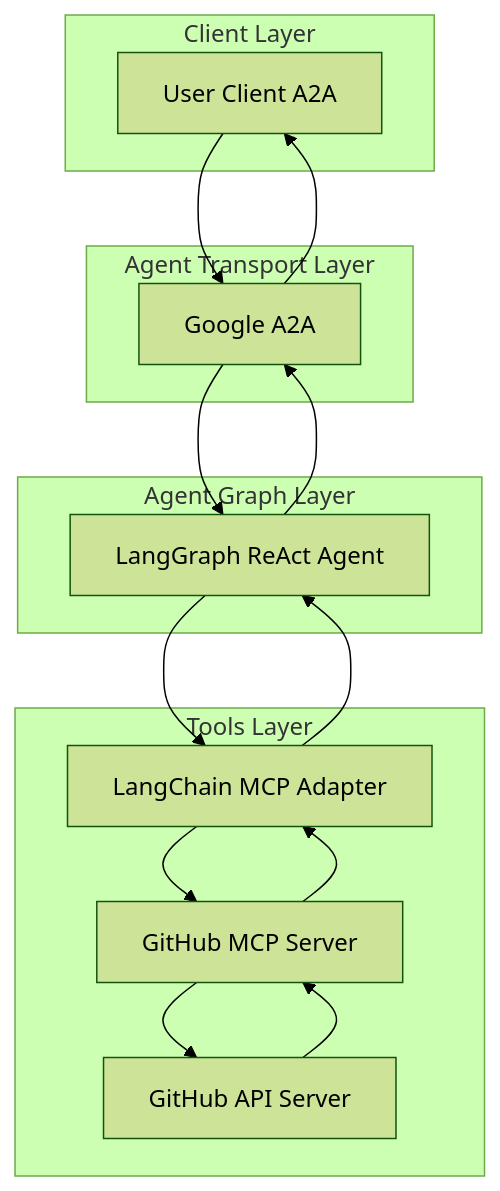
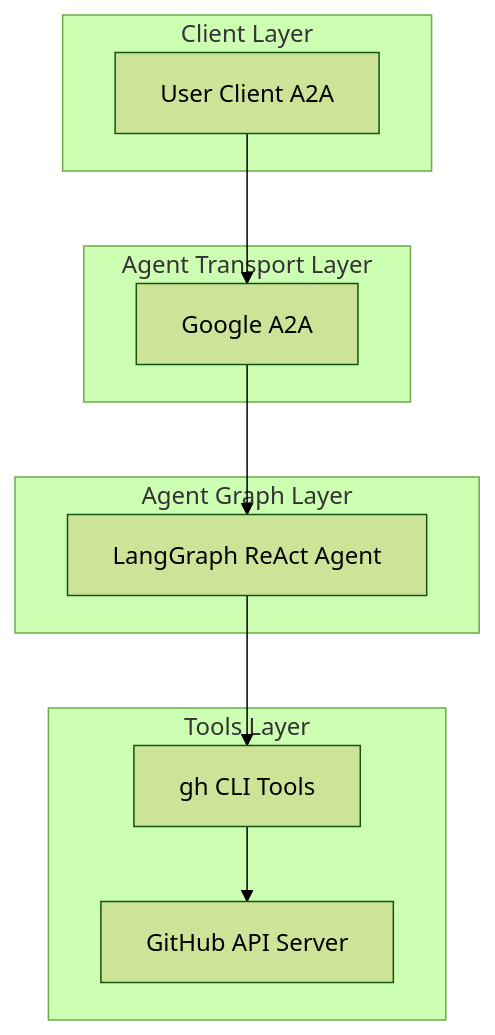
One commit to cnoe-io/ai-platform-engineering changed the first of 2 diagrams in docs/docs/agents/github.md. Above: the diagram before and after it, drawn with Mermaid (forest theme). The commit also changed other lines of this file and 237 other files, not shown here.

Commit message:
fix(github): remove local mcp server code

````diff
--- a/docs/docs/agents/github.md
+++ b/docs/docs/agents/github.md
@@ -15,20 +15,20 @@
 ```mermaid
 flowchart TD
   subgraph Client Layer
     A[User Client A2A]
   end
   subgraph Agent Transport Layer
     B[Google A2A]
   end
   subgraph Agent Graph Layer
     C[LangGraph ReAct Agent]
   end
   subgraph Tools Layer
-    D[LangChain MCP Adapter]
-    E[GitHub MCP Server]
-    F[GitHub API Server]
+    D[gh CLI Tools]
+    E[GitHub API Server]
   end
 
-  A --> B --> C --> D --> E --> F
-  F --> E --> D --> C --> B --> A
+  A --> B --> C
+  C --> D
+  D --> E
 ```
````
